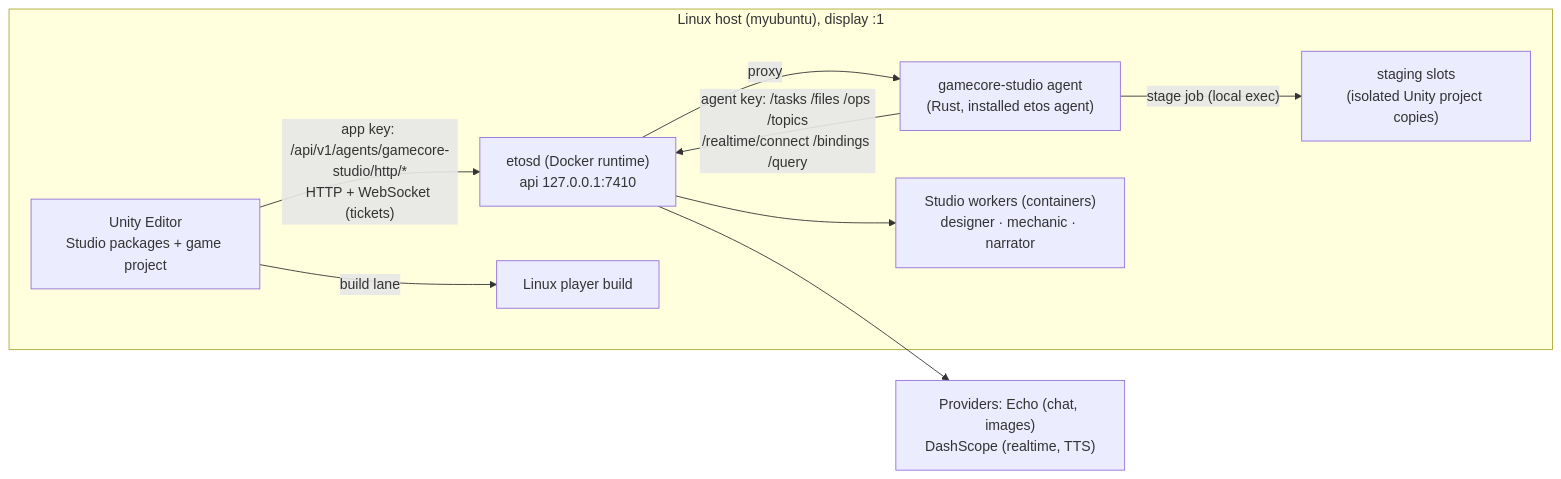
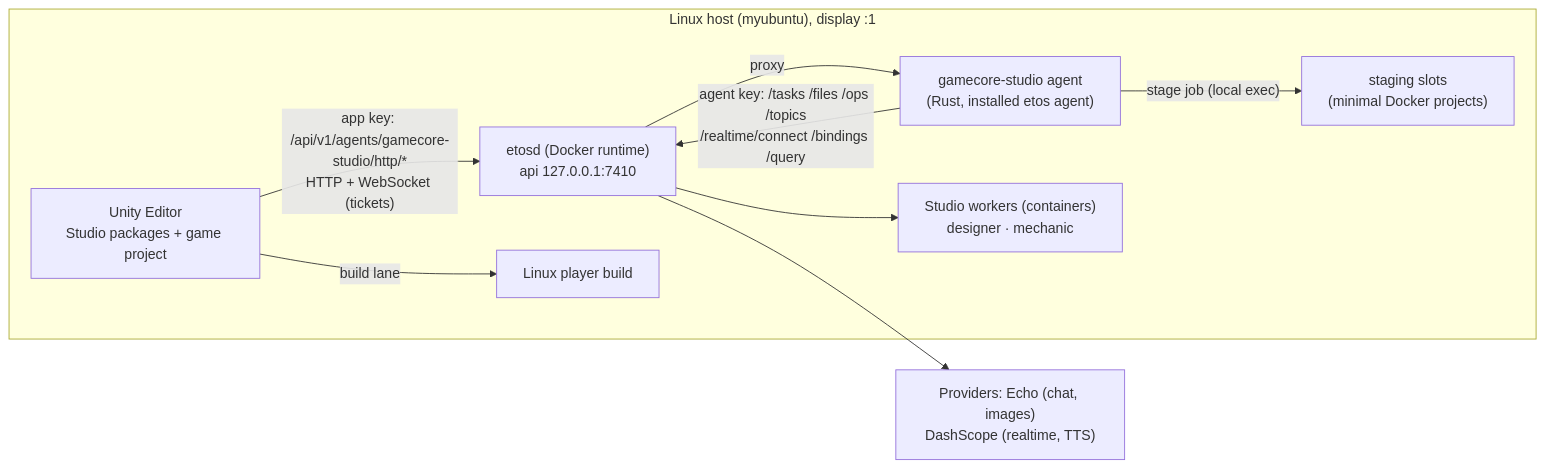
The diagram in docs/studio/02-architecture.md (WorlesEnric/game_core), drawn with Mermaid before and after one commit. The commit also changed other lines of this file and 8 other files, not shown here.

````diff
--- a/docs/studio/02-architecture.md
+++ b/docs/studio/02-architecture.md
@@ -93,19 +95,19 @@
 ```mermaid
 flowchart LR
   subgraph Host["Linux host (myubuntu), display :1"]
     U["Unity Editor<br/>Studio packages + game project"]
     A["gamecore-studio agent<br/>(Rust, installed etos agent)"]
     E["etosd (Docker runtime)<br/>api 127.0.0.1:7410"]
-    W["Studio workers (containers)<br/>designer · mechanic · narrator"]
-    S["staging slots<br/>(isolated Unity project copies)"]
+    W["Studio workers (containers)<br/>designer · mechanic"]
+    S["staging slots<br/>(minimal Docker projects)"]
     P["Linux player build"]
   end
   Prov["Providers: Echo (chat, images)<br/>DashScope (realtime, TTS)"]
   U -- "app key: /api/v1/agents/gamecore-studio/http/*<br/>HTTP + WebSocket (tickets)" --> E
   E -- "proxy" --> A
   A -- "agent key: /tasks /files /ops /topics<br/>/realtime/connect /bindings /query" --> E
   E --> W
   E --> Prov
   A -- "stage job (local exec)" --> S
   U -- "build lane" --> P
 ```
````
